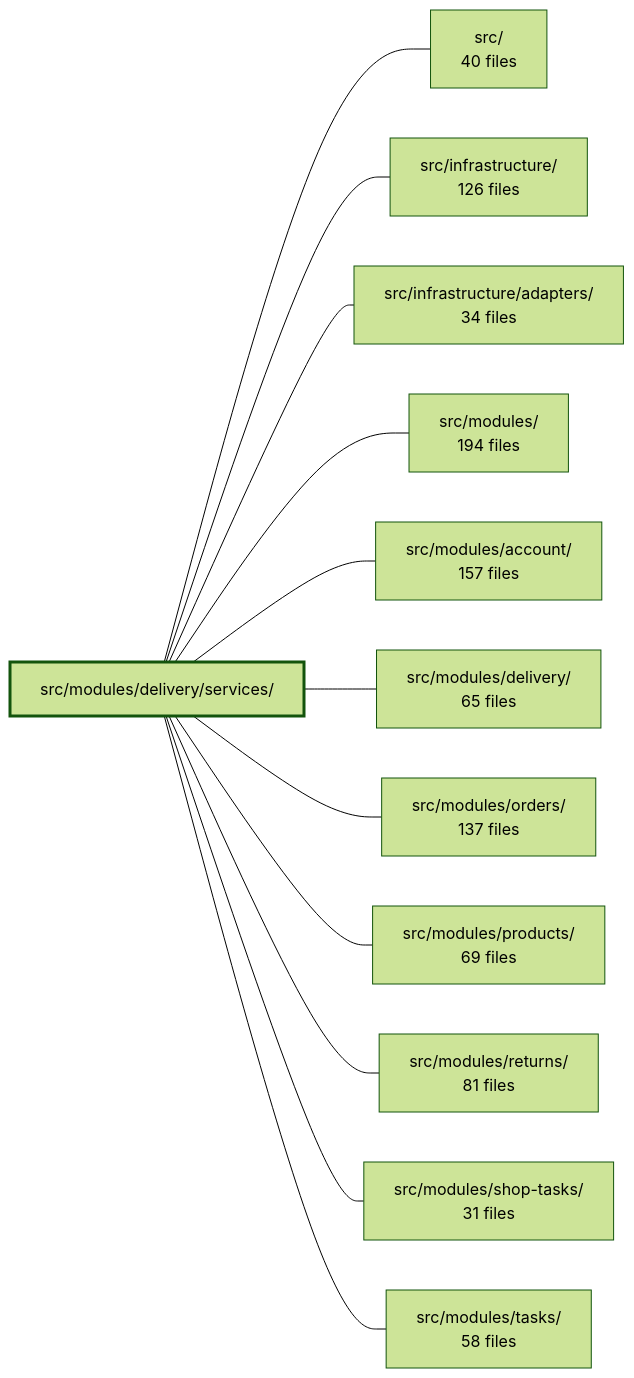
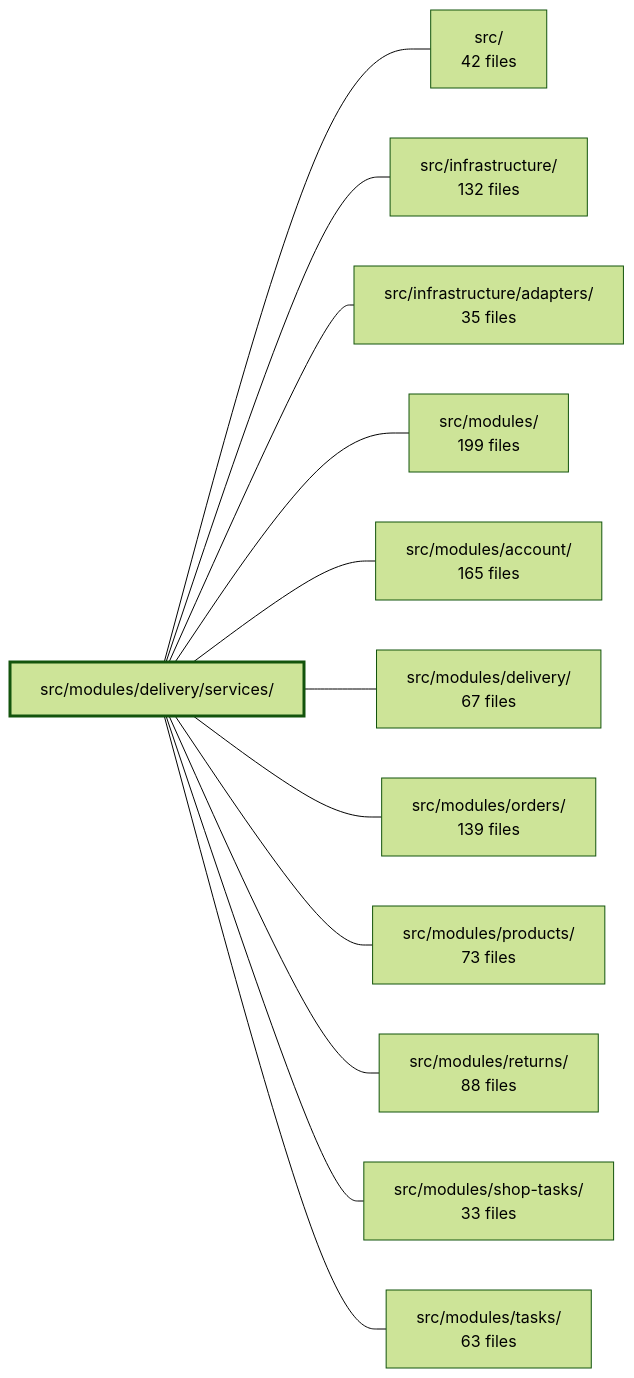
The diagram in .2brain/modules/boilerplate-node-backend_src_modules_delivery_services.md (Guebbit/boilerplate-node-backend), drawn with Mermaid (forest theme) before and after one commit. The commit also changed other lines of this file and 1102 other files, not shown here.

````diff
--- a/.2brain/modules/boilerplate-node-backend_src_modules_delivery_services.md
+++ b/.2brain/modules/boilerplate-node-backend_src_modules_delivery_services.md
@@ -43,27 +44,27 @@
 ```mermaid
 flowchart LR
     m_src_modules_delivery_services["src/modules/delivery/services/"]
-    m_src["src/<br/>40 files"]
-    m_src_infrastructure["src/infrastructure/<br/>126 files"]
-    m_src_infrastructure_adapters["src/infrastructure/adapters/<br/>34 files"]
-    m_src_modules["src/modules/<br/>194 files"]
-    m_src_modules_account["src/modules/account/<br/>157 files"]
-    m_src_modules_delivery["src/modules/delivery/<br/>65 files"]
-    m_src_modules_orders["src/modules/orders/<br/>137 files"]
-    m_src_modules_products["src/modules/products/<br/>69 files"]
-    m_src_modules_returns["src/modules/returns/<br/>81 files"]
-    m_src_modules_shop_tasks["src/modules/shop-tasks/<br/>31 files"]
-    m_src_modules_tasks["src/modules/tasks/<br/>58 files"]
+    m_src["src/<br/>42 files"]
+    m_src_infrastructure["src/infrastructure/<br/>132 files"]
+    m_src_infrastructure_adapters["src/infrastructure/adapters/<br/>35 files"]
+    m_src_modules["src/modules/<br/>199 files"]
+    m_src_modules_account["src/modules/account/<br/>165 files"]
+    m_src_modules_delivery["src/modules/delivery/<br/>67 files"]
+    m_src_modules_orders["src/modules/orders/<br/>139 files"]
+    m_src_modules_products["src/modules/products/<br/>73 files"]
+    m_src_modules_returns["src/modules/returns/<br/>88 files"]
+    m_src_modules_shop_tasks["src/modules/shop-tasks/<br/>33 files"]
+    m_src_modules_tasks["src/modules/tasks/<br/>63 files"]
     m_src_modules_delivery_services --- m_src
     m_src_modules_delivery_services --- m_src_infrastructure
     m_src_modules_delivery_services --- m_src_infrastructure_adapters
     m_src_modules_delivery_services --- m_src_modules
     m_src_modules_delivery_services --- m_src_modules_account
     m_src_modules_delivery_services --- m_src_modules_delivery
     m_src_modules_delivery_services --- m_src_modules_orders
     m_src_modules_delivery_services --- m_src_modules_products
     m_src_modules_delivery_services --- m_src_modules_returns
     m_src_modules_delivery_services --- m_src_modules_shop_tasks
     m_src_modules_delivery_services --- m_src_modules_tasks
     style m_src_modules_delivery_services stroke-width:3px
 ```
````
